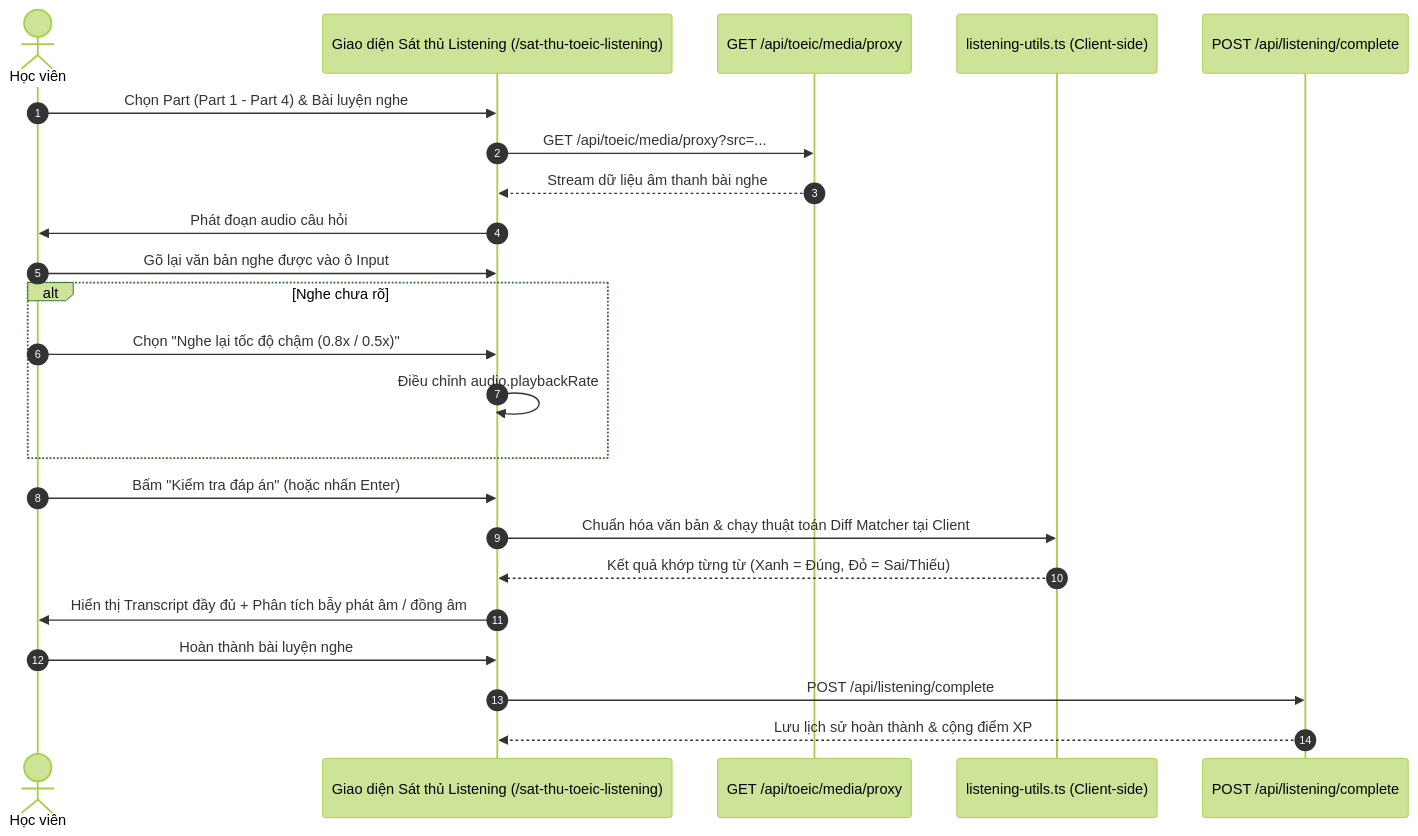
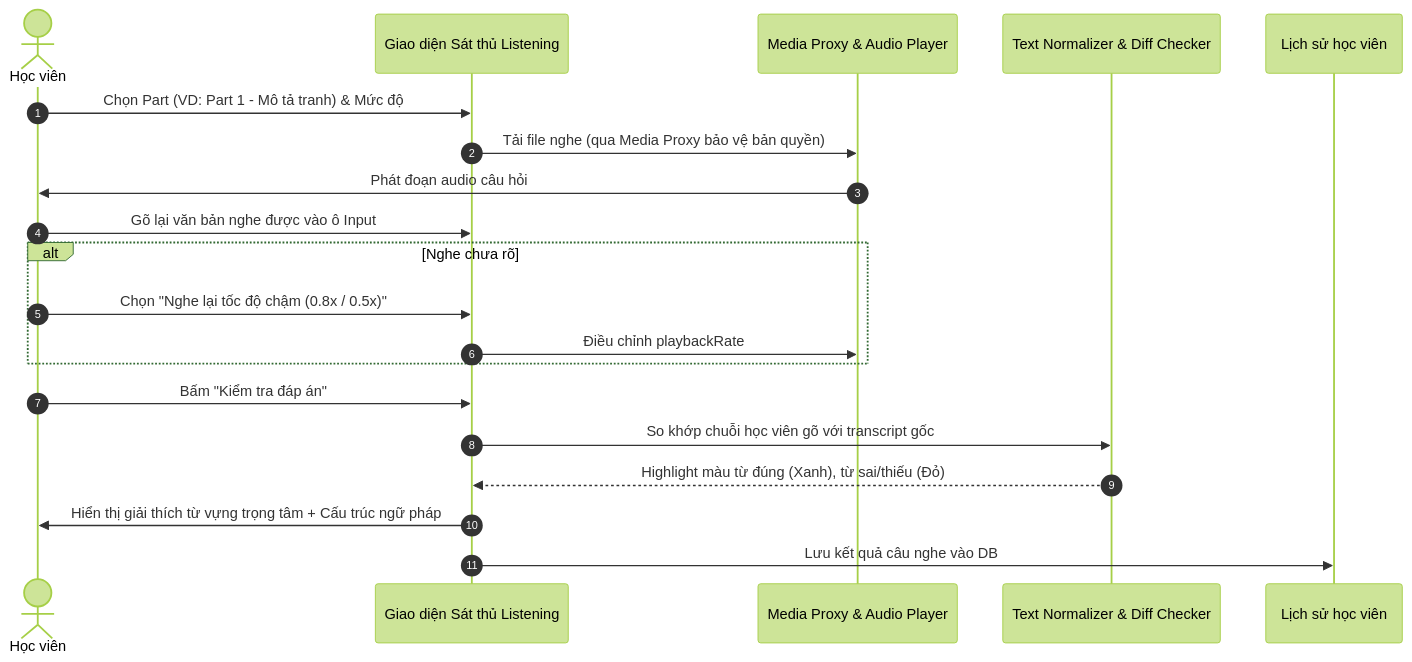
One commit to FengProfessor/Vocab changed the second of 3 diagrams in agent/docs/SRS_04_TOEIC_LISTENING_EXAM.md. Above: the diagram before and after it, drawn with Mermaid (forest theme). The commit also changed other lines of this file and 9 other files, not shown here.

Commit message:
docs: document .Net setup, srs, system architect

````diff
--- a/agent/docs/SRS_04_TOEIC_LISTENING_EXAM.md
+++ b/agent/docs/SRS_04_TOEIC_LISTENING_EXAM.md
@@ -69,26 +69,23 @@
 ```mermaid
 sequenceDiagram
     autonumber
     actor Student as Học viên
-    participant UI as Giao diện Sát thủ Listening (/sat-thu-toeic-listening)
-    participant Proxy as GET /api/toeic/media/proxy
-    participant Utils as listening-utils.ts (Client-side)
-    participant CompleteAPI as POST /api/listening/complete
+    participant UI as Giao diện Sát thủ Listening
+    participant Audio as Media Proxy & Audio Player
+    participant Checker as Text Normalizer & Diff Checker
+    participant History as Lịch sử học viên
 
-    Student->>UI: Chọn Part (Part 1 - Part 4) & Bài luyện nghe
-    UI->>Proxy: GET /api/toeic/media/proxy?src=...
-    Proxy-->>UI: Stream dữ liệu âm thanh bài nghe
-    UI->>Student: Phát đoạn audio câu hỏi
+    Student->>UI: Chọn Part (VD: Part 1 - Mô tả tranh) & Mức độ
+    UI->>Audio: Tải file nghe (qua Media Proxy bảo vệ bản quyền)
+    Audio->>Student: Phát đoạn audio câu hỏi
     Student->>UI: Gõ lại văn bản nghe được vào ô Input
     alt Nghe chưa rõ
         Student->>UI: Chọn "Nghe lại tốc độ chậm (0.8x / 0.5x)"
-        UI->>UI: Điều chỉnh audio.playbackRate
+        UI->>Audio: Điều chỉnh playbackRate
     end
-    Student->>UI: Bấm "Kiểm tra đáp án" (hoặc nhấn Enter)
-    UI->>Utils: Chuẩn hóa văn bản & chạy thuật toán Diff Matcher tại Client
-    Utils-->>UI: Kết quả khớp từng từ (Xanh = Đúng, Đỏ = Sai/Thiếu)
-    UI->>Student: Hiển thị Transcript đầy đủ + Phân tích bẫy phát âm / đồng âm
-    Student->>UI: Hoàn thành bài luyện nghe
-    UI->>CompleteAPI: POST /api/listening/complete
-    CompleteAPI-->>UI: Lưu lịch sử hoàn thành & cộng điểm XP
+    Student->>UI: Bấm "Kiểm tra đáp án"
+    UI->>Checker: So khớp chuỗi học viên gõ với transcript gốc
+    Checker-->>UI: Highlight màu từ đúng (Xanh), từ sai/thiếu (Đỏ)
+    UI->>Student: Hiển thị giải thích từ vựng trọng tâm + Cấu trúc ngữ pháp
+    UI->>History: Lưu kết quả câu nghe vào DB
 ```
````
